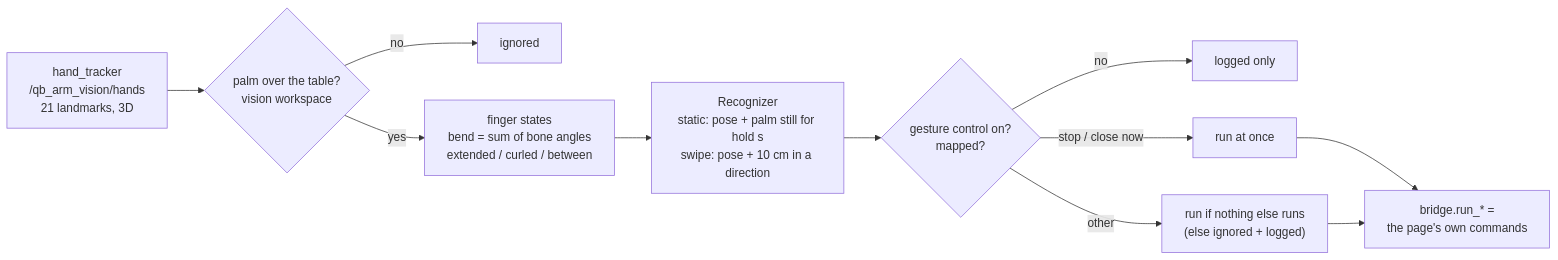
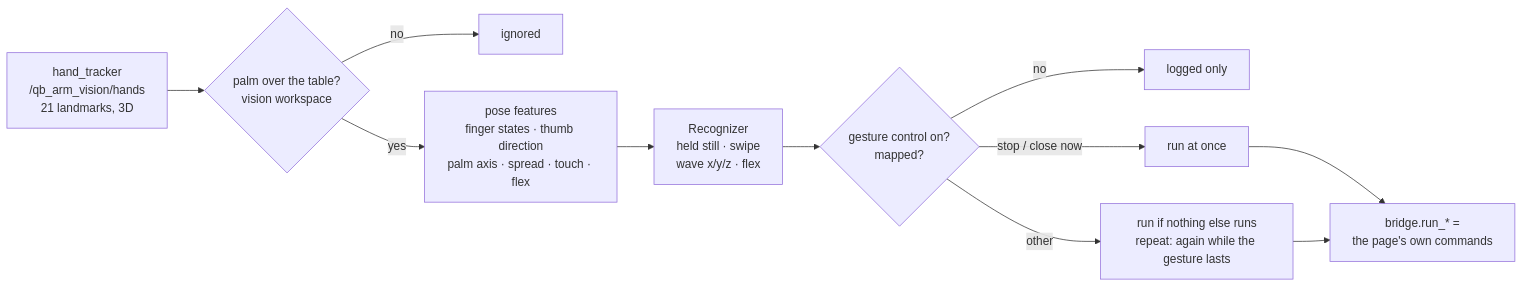
The third of 3 diagrams in docs/pages/07-qb_arm.md (whoobee/qb_arm_install), drawn with Mermaid before and after one commit. The commit also changed other lines of this file and 1 other file, not shown here.

Commit message:
docs: jog by hand gestures (waves, flex, thumb direction, repeat)

````diff
--- a/docs/pages/07-qb_arm.md
+++ b/docs/pages/07-qb_arm.md
@@ -283,12 +284,12 @@
 ```mermaid
 flowchart LR
     T["hand_tracker<br/>/qb_arm_vision/hands<br/>21 landmarks, 3D"] --> W{palm over the table?<br/>vision workspace}
     W -- no --> I[ignored]
-    W -- yes --> F["finger states<br/>bend = sum of bone angles<br/>extended / curled / between"]
-    F --> R["Recognizer<br/>static: pose + palm still for hold s<br/>swipe: pose + 10 cm in a direction"]
+    W -- yes --> F["pose features<br/>finger states · thumb direction<br/>palm axis · spread · touch · flex"]
+    F --> R["Recognizer<br/>held still · swipe<br/>wave x/y/z · flex"]
     R --> E{gesture control on?<br/>mapped?}
     E -- no --> L[logged only]
     E -- "stop / close now" --> N[run at once]
-    E -- other --> Q["run if nothing else runs<br/>(else ignored + logged)"]
+    E -- other --> Q["run if nothing else runs<br/>repeat: again while the gesture lasts"]
     N & Q --> X["bridge.run_* =<br/>the page's own commands"]
 ```
````
